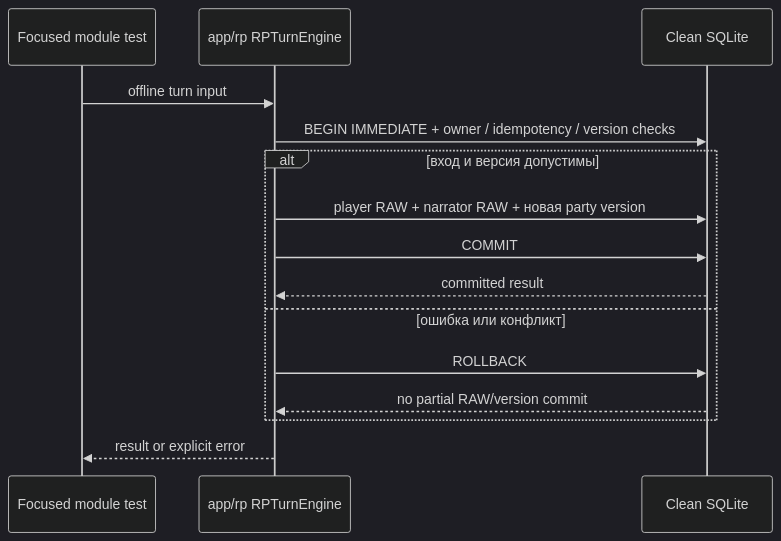
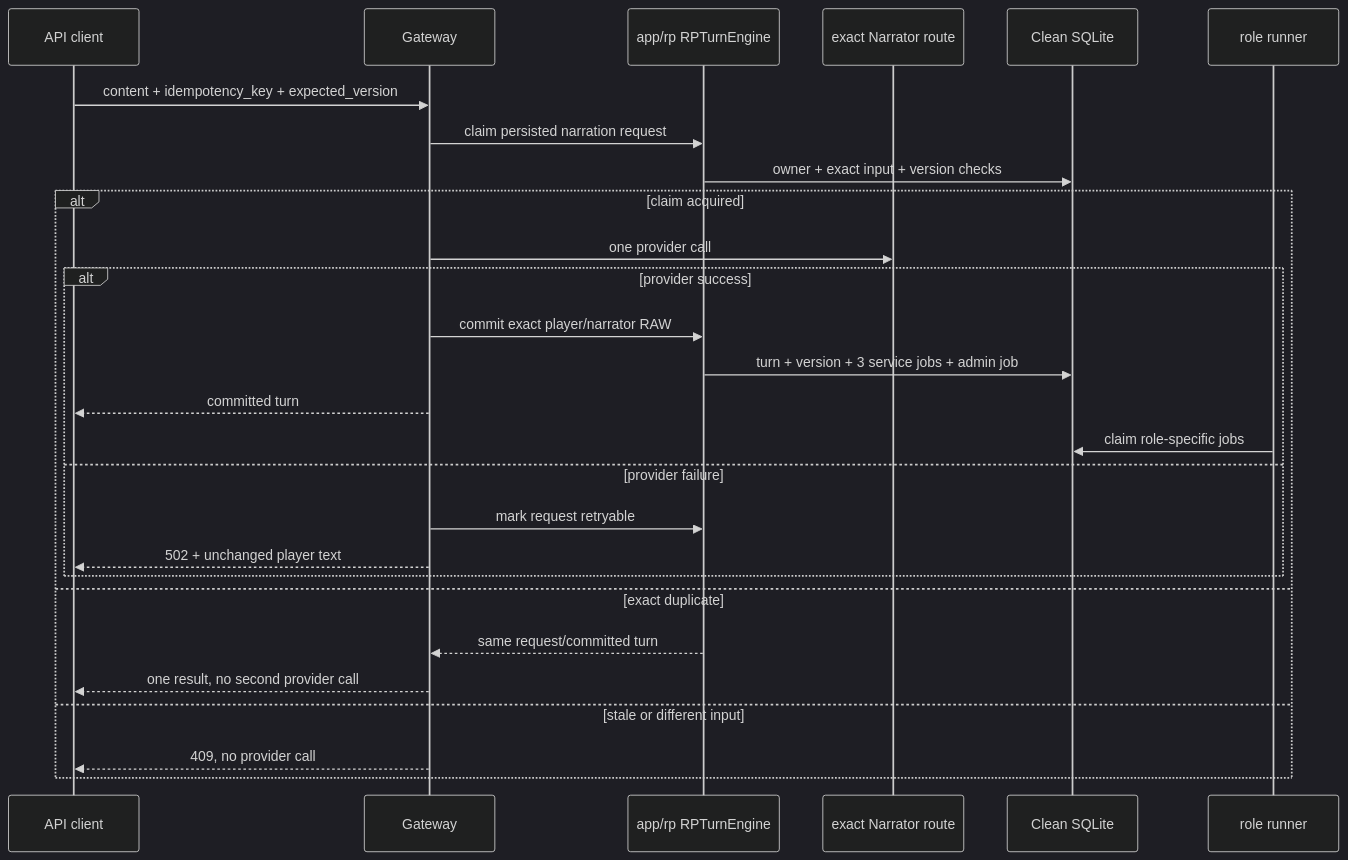
The eighth of 11 diagrams in docs/wiki/03-turn-lifecycle.md (abykovwww-byte/ubuntu_ansible_palybooks), drawn with Mermaid (dark theme) before and after one commit. The commit also changed other lines of this file and 32 other files, not shown here.

````diff
--- a/docs/wiki/03-turn-lifecycle.md
+++ b/docs/wiki/03-turn-lifecycle.md
@@ -519,18 +519,30 @@
 ```mermaid
 sequenceDiagram
-    participant Test as Focused module test
+    participant Client as API client
+    participant API as Gateway
     participant Engine as app/rp RPTurnEngine
+    participant Narrator as exact Narrator route
     participant DB as Clean SQLite
+    participant Runner as role runner
 
-    Test->>Engine: offline turn input
-    Engine->>DB: BEGIN IMMEDIATE + owner / idempotency / version checks
-    alt вход и версия допустимы
-        Engine->>DB: player RAW + narrator RAW + новая party version
-        Engine->>DB: COMMIT
-        DB-->>Engine: committed result
-    else ошибка или конфликт
-        Engine->>DB: ROLLBACK
-        DB-->>Engine: no partial RAW/version commit
+    Client->>API: content + idempotency_key + expected_version
+    API->>Engine: claim persisted narration request
+    Engine->>DB: owner + exact input + version checks
+    alt claim acquired
+        API->>Narrator: one provider call
+        alt provider success
+            API->>Engine: commit exact player/narrator RAW
+            Engine->>DB: turn + version + 3 service jobs + admin job
+            API-->>Client: committed turn
+            Runner->>DB: claim role-specific jobs
+        else provider failure
+            API->>Engine: mark request retryable
+            API-->>Client: 502 + unchanged player text
+        end
+    else exact duplicate
+        Engine-->>API: same request/committed turn
+        API-->>Client: one result, no second provider call
+    else stale or different input
+        API-->>Client: 409, no provider call
     end
-    Engine-->>Test: result or explicit error
 ```
````
